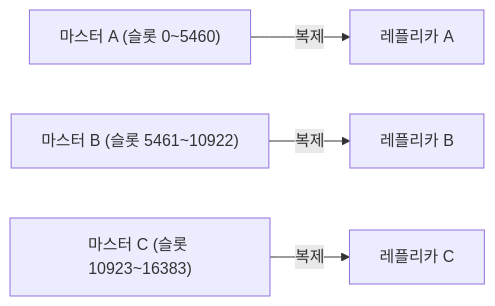
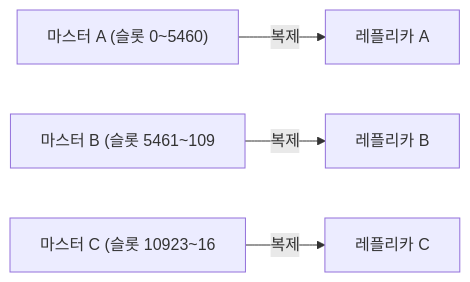
The ninth of 9 diagrams in _posts/redis/2026-05-01-redis-replication.md (yjkim2015/yjkim2015.github.io), drawn with Mermaid before and after one commit. The commit also changed 271 other files, not shown here.

First line of the commit message:
Mermaid 라벨 축소: 긴 노드 텍스트 18자 이하로 트림 + \n 제거

````diff
--- a/_posts/redis/2026-05-01-redis-replication.md
+++ b/_posts/redis/2026-05-01-redis-replication.md
@@ -215,6 +215,6 @@
 ```mermaid
 graph LR
     MA["마스터 A (슬롯 0~5460)"] -->|"복제"| RA["레플리카 A"]
-    MB["마스터 B (슬롯 5461~10922)"] -->|"복제"| RB["레플리카 B"]
-    MC["마스터 C (슬롯 10923~16383)"] -->|"복제"| RC["레플리카 C"]
+    MB["마스터 B (슬롯 5461~109"] -->|"복제"| RB["레플리카 B"]
+    MC["마스터 C (슬롯 10923~16"] -->|"복제"| RC["레플리카 C"]
 ```
````
